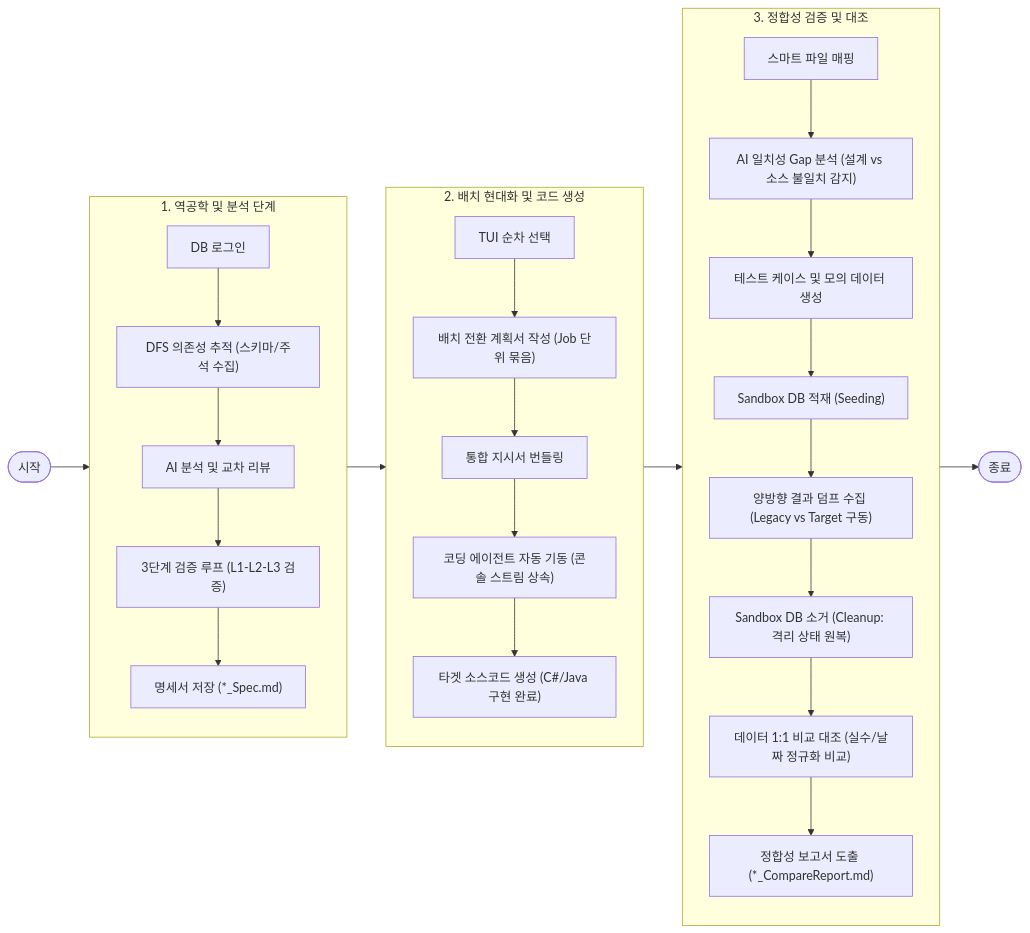
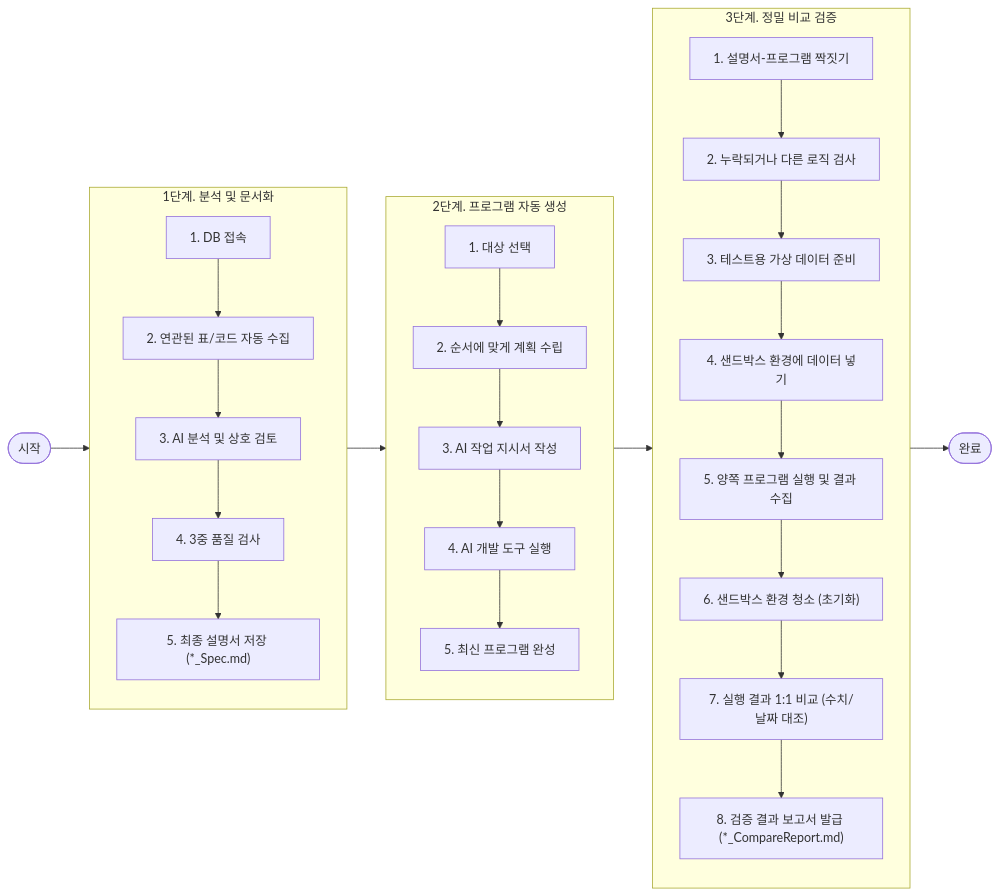
Before and after one commit to moondae815/sp-reverse-engineering: the diagram in docs/roadmap.md, drawn with Mermaid. The commit also changed other lines of this file and 2 other files, not shown here.

````diff
--- a/docs/roadmap.md
+++ b/docs/roadmap.md
@@ -11,33 +21,33 @@
 ```mermaid
 flowchart LR
     %% 각 Stage 내부는 세로, Stage 전체는 가로 배치
-    subgraph Stage1 ["1. 역공학 및 분석 단계"]
+    subgraph Stage1 ["1단계. 분석 및 문서화"]
         direction TB
-        DB로그인["DB 로그인"] --> DFS의존성추적["DFS 의존성 추적 (스키마/주석 수집)"]
-        DFS의존성추적 --> AI분석및교차리뷰["AI 분석 및 교차 리뷰"]
-        AI분석및교차리뷰 --> 3단계검증루프["3단계 검증 루프 (L1-L2-L3 검증)"]
-        3단계검증루프 --> 명세서저장_Spec["명세서 저장 (*_Spec.md)"]
+        DB로그인["1. DB 접속"] --> DFS의존성추적["2. 연관된 표/코드 자동 수집"]
+        DFS의존성추적 --> AI분석및교차리뷰["3. AI 분석 및 상호 검토"]
+        AI분석및교차리뷰 --> 3단계검증루프["4. 3중 품질 검사"]
+        3단계검증루프 --> 명세서저장_Spec["5. 최종 설명서 저장 (*_Spec.md)"]
     end
     
-    subgraph Stage2 ["2. 배치 현대화 및 코드 생성"]
+    subgraph Stage2 ["2단계. 프로그램 자동 생성"]
         direction TB
-        TUI순차선택["TUI 순차 선택"] --> 배치전환계획서작성["배치 전환 계획서 작성 (Job 단위 묶음)"]
-        배치전환계획서작성 --> 통합지시서번들링["통합 지시서 번들링"]
-        통합지시서번들링 --> 코딩에이전트자동기동["코딩 에이전트 자동 기동 (콘솔 스트림 상속)"]
-        코딩에이전트자동기동 --> 타겟소스코드생성["타겟 소스코드 생성 (C#/Java 구현 완료)"]
+        TUI순차선택["1. 대상 선택"] --> 배치전환계획서작성["2. 순서에 맞게 계획 수립"]
+        배치전환계획서작성 --> 통합지시서번들링["3. AI 작업 지시서 작성"]
+        통합지시서번들링 --> 코딩에이전트자동기동["4. AI 개발 도구 실행"]
+        코딩에이전트자동기동 --> 타겟소스코드생성["5. 최신 프로그램 완성"]
     end
     
-    subgraph Stage3 ["3. 정합성 검증 및 대조"]
+    subgraph Stage3 ["3단계. 정밀 비교 검증"]
         direction TB
-        스마트파일매핑["스마트 파일 매핑"] --> AI일치성Gap분석["AI 일치성 Gap 분석 (설계 vs 소스 불일치 감지)"]
-        AI일치성Gap분석 --> 테스트케이스_및_모의데이터생성["테스트 케이스 및 모의 데이터 생성"]
-        테스트케이스_및_모의데이터생성 --> Sandbox_DB적재["Sandbox DB 적재 (Seeding)"]
-        Sandbox_DB적재 --> 양방향결과덤프수집["양방향 결과 덤프 수집 (Legacy vs Target 구동)"]
-        양방향결과덤프수집 --> Sandbox_DB소거["Sandbox DB 소거 (Cleanup: 격리 상태 원복)"]
-        Sandbox_DB소거 --> 데이터1대1비교대조["데이터 1:1 비교 대조 (실수/날짜 정규화 비교)"]
-        데이터1대1비교대조 --> 정합성보고서도출_CompareReport["정합성 보고서 도출 (*_CompareReport.md)"]
+        스마트파일매핑["1. 설명서-프로그램 짝짓기"] --> AI일치성Gap분석["2. 누락되거나 다른 로직 검사"]
+        AI일치성Gap분석 --> 테스트케이스_및_모의데이터생성["3. 테스트용 가상 데이터 준비"]
+        테스트케이스_및_모의데이터생성 --> Sandbox_DB적재["4. 샌드박스 환경에 데이터 넣기"]
+        Sandbox_DB적재 --> 양방향결과덤프수집["5. 양쪽 프로그램 실행 및 결과 수집"]
+        양방향결과덤프수집 --> Sandbox_DB소거["6. 샌드박스 환경 청소 (초기화)"]
+        Sandbox_DB소거 --> 데이터1대1비교대조["7. 실행 결과 1:1 비교 (수치/날짜 대조)"]
+        데이터1대1비교대조 --> 정합성보고서도출_CompareReport["8. 검증 결과 보고서 발급 (*_CompareReport.md)"]
     end
 
     %% 메인 흐름: Stage들을 가로로 연결
-    Start([시작]) --> Stage1 --> Stage2 --> Stage3 --> End([종료])
+    Start([시작]) --> Stage1 --> Stage2 --> Stage3 --> End([완료])
 ```
````
